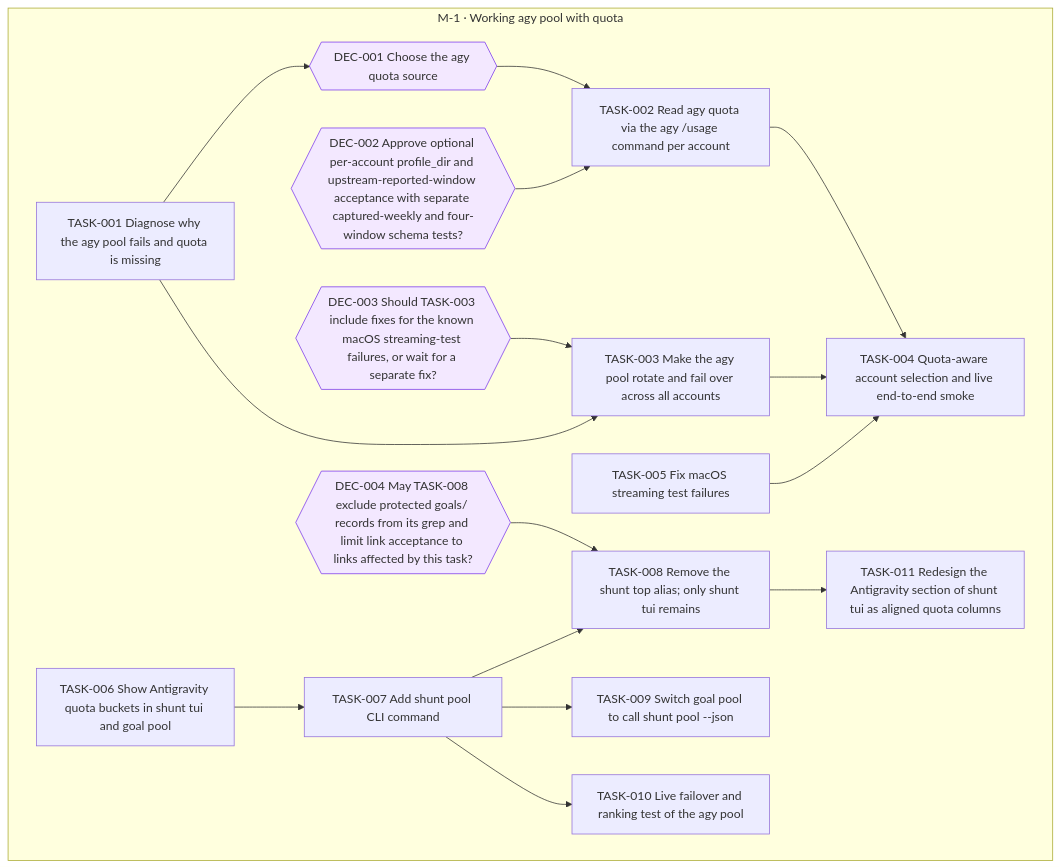
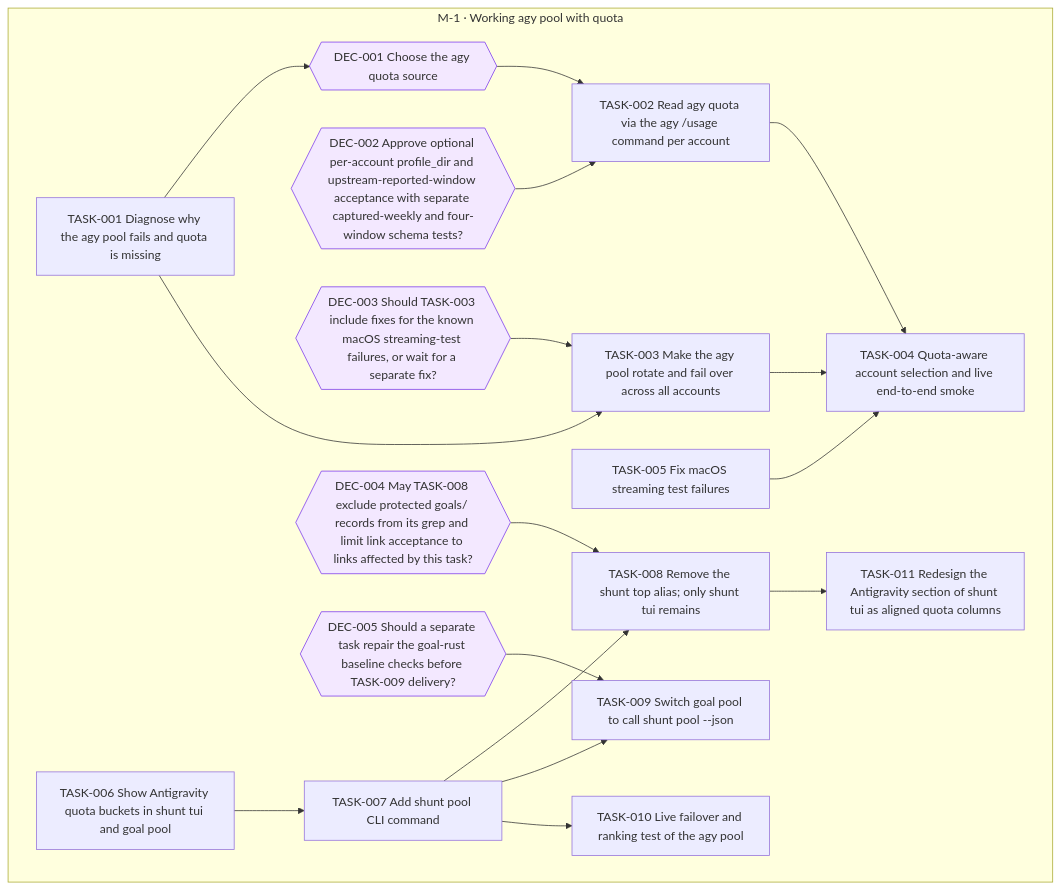
One commit to jesusvillota/shunt changed the diagram in goals/agy-pool/README.md. Above: the diagram before and after it, drawn with Mermaid. The commit also changed 3 other files, not shown here.

Commit message:
goal(agy-pool): request DEC-005 from TASK-009

````diff
--- a/goals/agy-pool/README.md
+++ b/goals/agy-pool/README.md
@@ -19,41 +19,44 @@
 ```mermaid
 flowchart TD
   subgraph M_1["M-1 · Working agy pool with quota"]
     DEC_001{{"DEC-001 Choose the agy quota source"}}
     DEC_002{{"DEC-002 Approve optional per-account profile_dir and upstream-reported-window acceptance with separate captured-weekly and four-window schema tests?"}}
     DEC_003{{"DEC-003 Should TASK-003 include fixes for the known macOS streaming-test failures, or wait for a separate fix?"}}
     DEC_004{{"DEC-004 May TASK-008 exclude protected goals/ records from its grep and limit link acceptance to links affected by this task?"}}
+    DEC_005{{"DEC-005 Should a separate task repair the goal-rust baseline checks before TASK-009 delivery?"}}
     TASK_001["TASK-001 Diagnose why the agy pool fails and quota is missing"]
     TASK_002["TASK-002 Read agy quota via the agy /usage command per account"]
     TASK_003["TASK-003 Make the agy pool rotate and fail over across all accounts"]
     TASK_004["TASK-004 Quota-aware account selection and live end-to-end smoke"]
     TASK_005["TASK-005 Fix macOS streaming test failures"]
     TASK_006["TASK-006 Show Antigravity quota buckets in shunt tui and goal pool"]
     TASK_007["TASK-007 Add shunt pool CLI command"]
     TASK_008["TASK-008 Remove the shunt top alias; only shunt tui remains"]
     TASK_009["TASK-009 Switch goal pool to call shunt pool --json"]
     TASK_010["TASK-010 Live failover and ranking test of the agy pool"]
     TASK_011["TASK-011 Redesign the Antigravity section of shunt tui as aligned quota columns"]
   end
   TASK_001 --> DEC_001
   DEC_001 --> TASK_002
   DEC_002 --> TASK_002
   TASK_001 --> TASK_003
   DEC_003 --> TASK_003
   TASK_002 --> TASK_004
   TASK_003 --> TASK_004
   TASK_005 --> TASK_004
   TASK_006 --> TASK_007
   TASK_007 --> TASK_008
   DEC_004 --> TASK_008
   TASK_007 --> TASK_009
+  DEC_005 --> TASK_009
   TASK_007 --> TASK_010
   TASK_008 --> TASK_011
   classDef draft stroke-dasharray: 4 3
   classDef cancelled opacity:0.45
   classDef decision fill:#f3e8ff,stroke:#7c3aed
   class DEC_001 decision
   class DEC_002 decision
   class DEC_003 decision
   class DEC_004 decision
+  class DEC_005 decision
 ```
````
